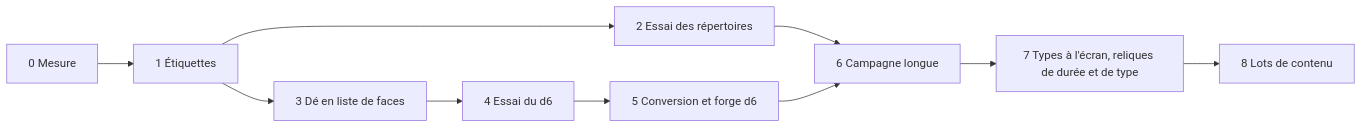
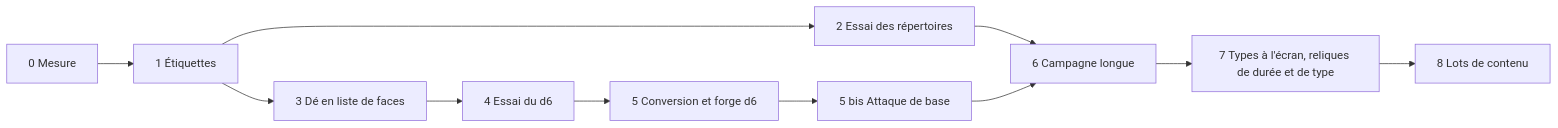
Before and after one commit to Citcatjoe/battler: the third of 3 diagrams in docs/PROGRESSION.md, drawn with Mermaid. The commit also changed other lines of this file and 4 other files, not shown here.

Commit message:
Règles v2 : l'attaque de base intégrée au plan (PROGRESSION § 6 bis, phase 5 bis), décisions de la sixième passe, questions ouvertes

````diff
--- a/docs/PROGRESSION.md
+++ b/docs/PROGRESSION.md
@@ -934,12 +1031,13 @@
 ```mermaid
 flowchart LR
   P0[0 Mesure] --> P1[1 Étiquettes]
   P1 --> P2[2 Essai des répertoires]
   P1 --> P3[3 Dé en liste de faces]
   P3 --> P4[4 Essai du d6]
   P4 --> P5[5 Conversion et forge d6]
   P2 --> P6[6 Campagne longue]
-  P5 --> P6
+  P5 --> P5B[5 bis Attaque de base]
+  P5B --> P6
   P6 --> P7[7 Types à l'écran, reliques de durée et de type]
   P7 --> P8[8 Lots de contenu]
 ```
````
